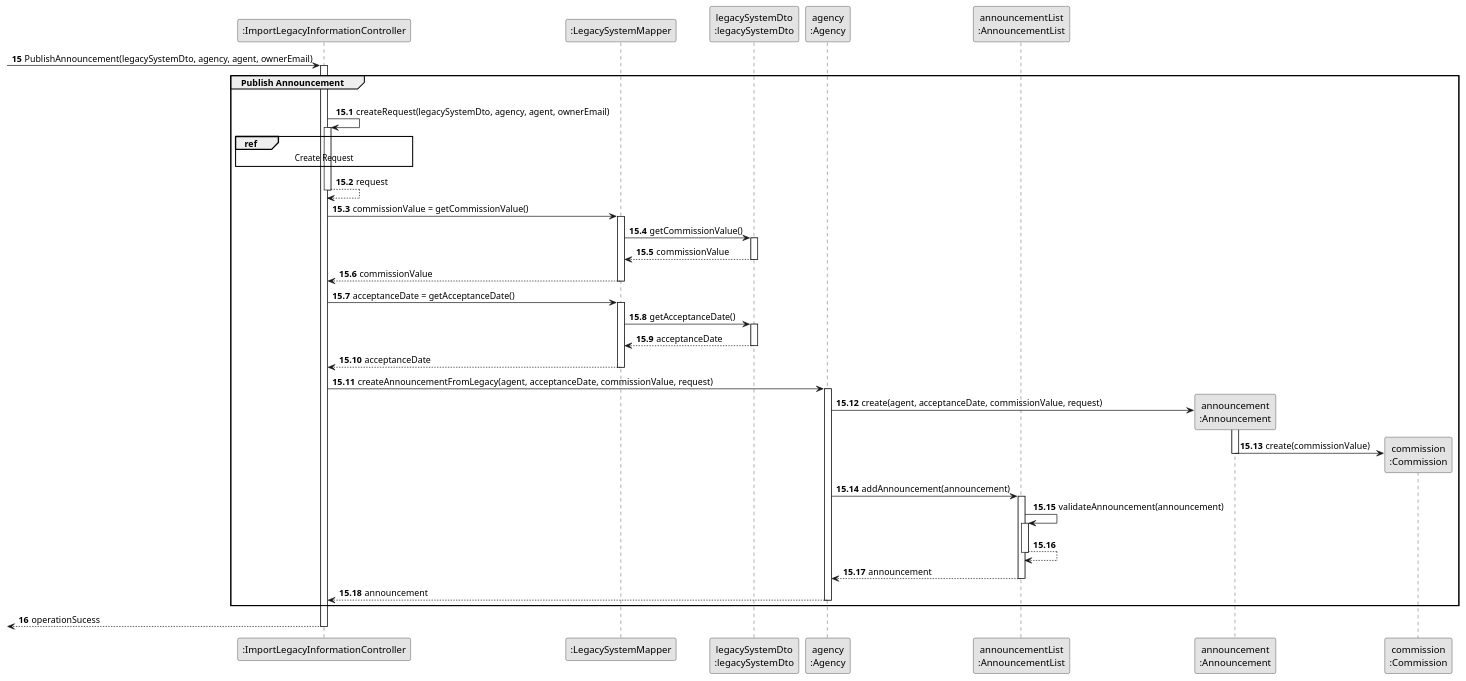
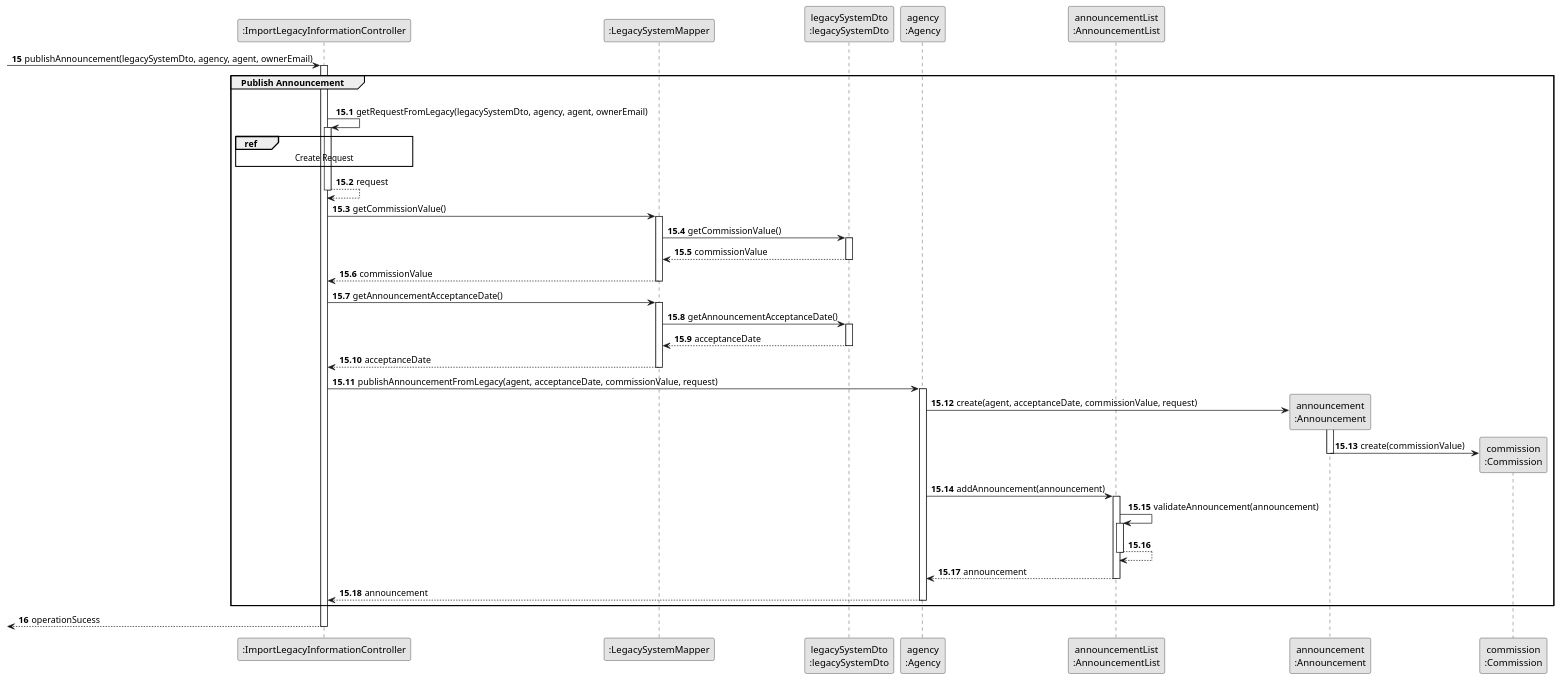
One commit to rita-barbosa/LAPR2-2223 changed the diagram in docs/sprintC/us012/03.design/puml/us012-sequence-diagram-partial-publish-announcement.puml. Above: the diagram before and after it, drawn with PlantUML. The commit also changed 1 other file, not shown here.

Commit message:
Create Request Partial SD update [US012] [Design]

```diff
--- a/docs/sprintC/us012/03.design/puml/us012-sequence-diagram-partial-publish-announcement.puml
+++ b/docs/sprintC/us012/03.design/puml/us012-sequence-diagram-partial-publish-announcement.puml
@@ -1,91 +1,90 @@
 @startuml
 skinparam monochrome true
 skinparam packageStyle rectangle
 skinparam shANNOUNCEowing false\
 
 participant ":ImportLegacyInformationController" as CTRL
 participant ":LegacySystemMapper" as MAPPER
 participant "legacySystemDto\n:legacySystemDto" as DTO
 participant "agency\n:Agency" as AGENCY
 participant "announcementList\n:AnnouncementList" as LIST
 participant "announcement\n:Announcement" as ANNOUNCE
 participant "commission\n:Commission" as COMMISSION
 
     'MUDAR O AUTONUMBER
 
     autonumber 15
 
-     -> CTRL : PublishAnnouncement(legacySystemDto, agency, agent, ownerEmail)
+     -> CTRL : publishAnnouncement(legacySystemDto, agency, agent, ownerEmail)
     activate CTRL
 
     autonumber 15.1
 
     group Publish Announcement
 
     |||
-    CTRL -> CTRL : createRequest(legacySystemDto, agency, agent, ownerEmail)
+    CTRL -> CTRL : getRequestFromLegacy(legacySystemDto, agency, agent, ownerEmail)
     activate CTRL
 
     ref over CTRL
         Create Request
     end ref
 
         CTRL --> CTRL : request
     deactivate CTRL
 
-    CTRL -> MAPPER : commissionValue = getCommissionValue()
+    CTRL -> MAPPER : getCommissionValue()
     activate MAPPER
 
         MAPPER -> DTO : getCommissionValue()
         activate DTO
 
             DTO --> MAPPER : commissionValue
         deactivate DTO
 
         MAPPER --> CTRL : commissionValue
     deactivate MAPPER
 
-    CTRL -> MAPPER : acceptanceDate = getAcceptanceDate()
+    CTRL -> MAPPER : getAnnouncementAcceptanceDate()
     activate MAPPER
 
-        MAPPER -> DTO : getAcceptanceDate()
+        MAPPER -> DTO : getAnnouncementAcceptanceDate()
         activate DTO
 
             DTO --> MAPPER : acceptanceDate
         deactivate DTO
 
         MAPPER --> CTRL : acceptanceDate
     deactivate MAPPER
 
-
-    CTRL -> AGENCY : createAnnouncementFromLegacy(agent, acceptanceDate, commissionValue, request)
+    CTRL -> AGENCY : publishAnnouncementFromLegacy(agent, acceptanceDate, commissionValue, request)
     activate AGENCY
 
         AGENCY -> ANNOUNCE**: create(agent, acceptanceDate, commissionValue, request)
         activate ANNOUNCE
 
         ANNOUNCE -> COMMISSION** : create(commissionValue)
      deactivate ANNOUNCE
 
     AGENCY -> LIST: addAnnouncement(announcement)
     activate LIST
 
         LIST -> LIST: validateAnnouncement(announcement)
         activate LIST
             LIST --> LIST
         deactivate LIST
 
         LIST --> AGENCY : announcement
     deactivate LIST
 
         AGENCY --> CTRL : announcement
     deactivate  AGENCY
 
     end group
 
 autonumber 16
 
     <-- CTRL : operationSucess
     deactivate CTRL
 
 @enduml
```
